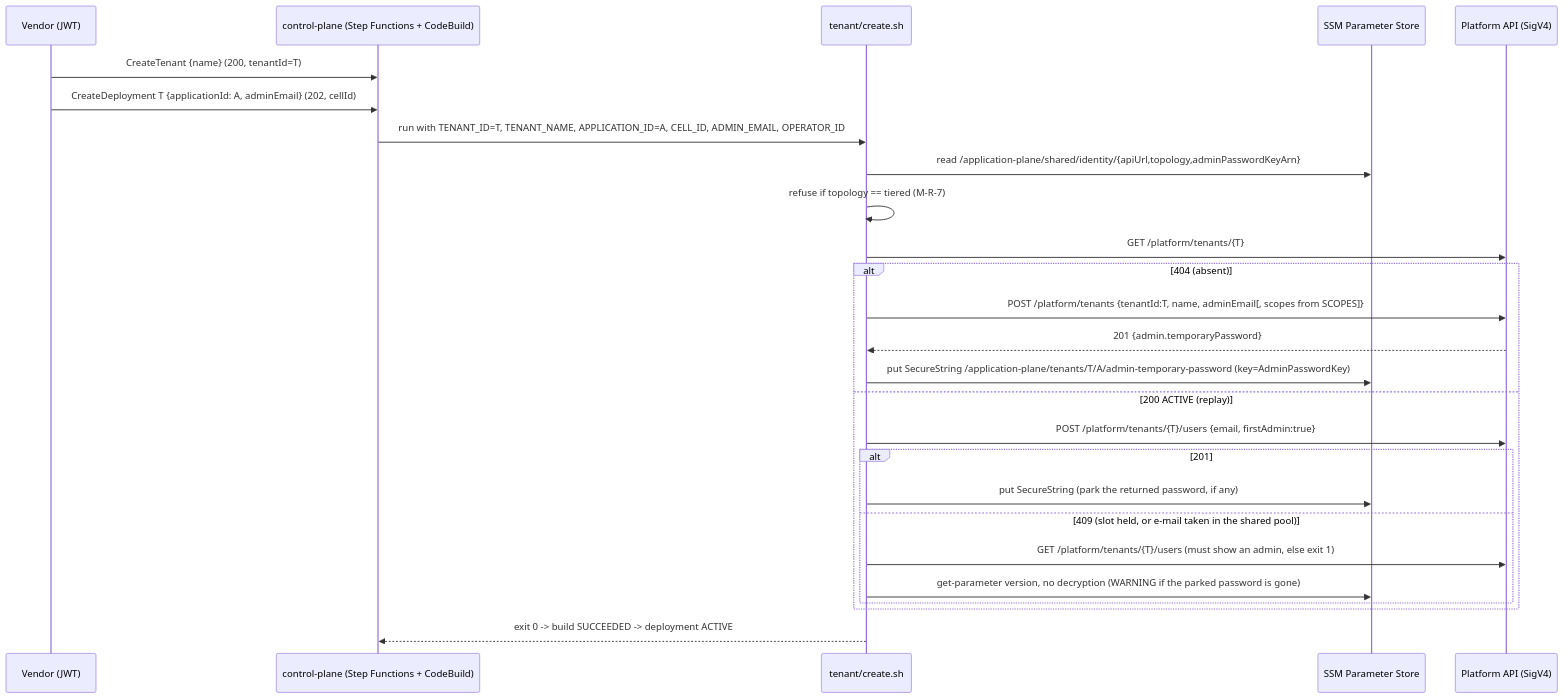
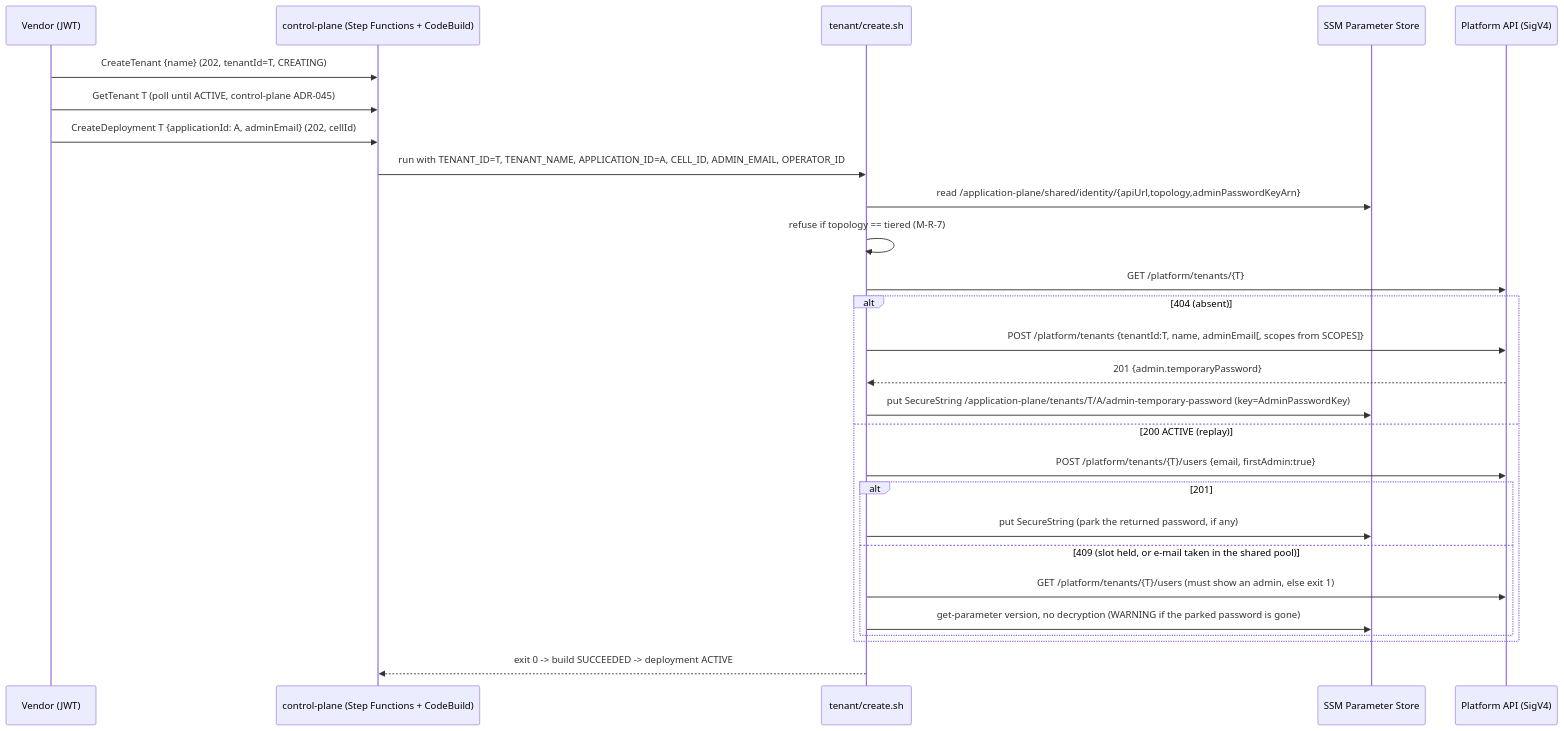
One commit to aws-samples/sample-agentic-ai-acceleration-patterns changed the fifth of 5 diagrams in samples/tenant-identity/architecture.md. Above: the diagram before and after it, drawn with Mermaid. The commit also changed other lines of this file and 94 other files, not shown here.

First line of the commit message:
control-plane: vendor lifecycle hooks on cells, deployments, applications, tenants and accounts (ADR-0044, ADR-0045) (#66)

````diff
--- a/samples/tenant-identity/architecture.md
+++ b/samples/tenant-identity/architecture.md
@@ -604,28 +605,29 @@
 ```mermaid
 sequenceDiagram
     participant V as Vendor (JWT)
     participant CP as control-plane (Step Functions + CodeBuild)
     participant S as tenant/create.sh
     participant SSM as SSM Parameter Store
     participant P as Platform API (SigV4)
-    V->>CP: CreateTenant {name} (200, tenantId=T)
+    V->>CP: CreateTenant {name} (202, tenantId=T, CREATING)
+    V->>CP: GetTenant T (poll until ACTIVE, control-plane ADR-045)
     V->>CP: CreateDeployment T {applicationId: A, adminEmail} (202, cellId)
     CP->>S: run with TENANT_ID=T, TENANT_NAME, APPLICATION_ID=A, CELL_ID, ADMIN_EMAIL, OPERATOR_ID
     S->>SSM: read /application-plane/shared/identity/{apiUrl,topology,adminPasswordKeyArn}
     S->>S: refuse if topology == tiered (M-R-7)
     S->>P: GET /platform/tenants/{T}
     alt 404 (absent)
         S->>P: POST /platform/tenants {tenantId:T, name, adminEmail[, scopes from SCOPES]}
         P-->>S: 201 {admin.temporaryPassword}
         S->>SSM: put SecureString /application-plane/tenants/T/A/admin-temporary-password (key=AdminPasswordKey)
     else 200 ACTIVE (replay)
         S->>P: POST /platform/tenants/{T}/users {email, firstAdmin:true}
         alt 201
             S->>SSM: put SecureString (park the returned password, if any)
         else 409 (slot held, or e-mail taken in the shared pool)
             S->>P: GET /platform/tenants/{T}/users (must show an admin, else exit 1)
             S->>SSM: get-parameter version, no decryption (WARNING if the parked password is gone)
         end
     end
     S-->>CP: exit 0 -> build SUCCEEDED -> deployment ACTIVE
 ```
````
